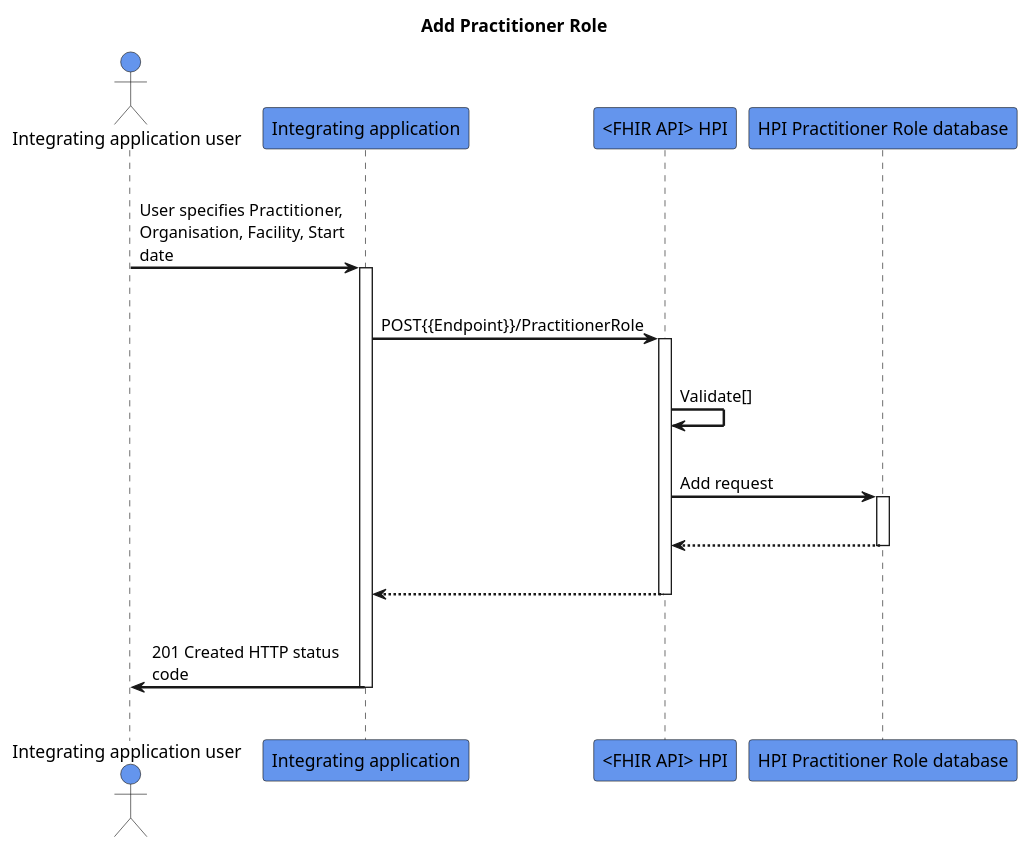
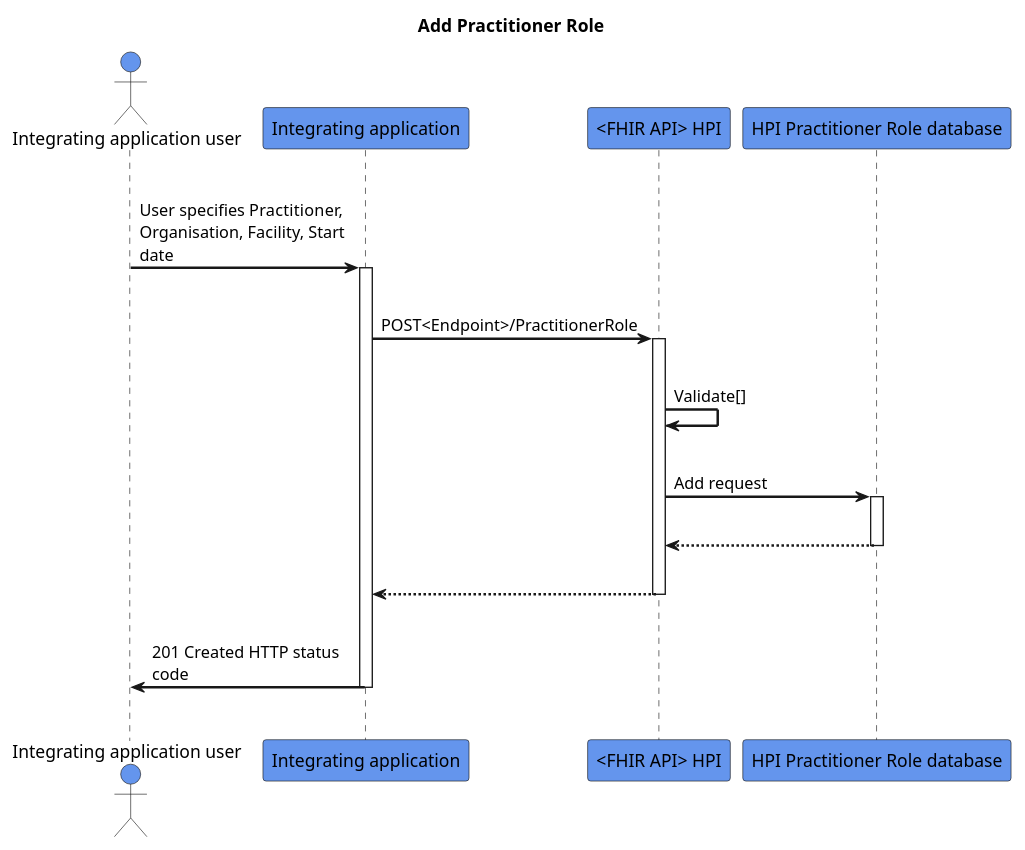
The diagram in input/images-source/add-practitionerrole.plantuml (HL7NZ/hpi), drawn with PlantUML before and after one commit.

```diff
--- a/input/images-source/add-practitionerrole.plantuml
+++ b/input/images-source/add-practitionerrole.plantuml
@@ -1,32 +1,32 @@
 @startuml
 skinparam sequenceArrowThickness 2
 skinparam roundcorner 5
 skinparam maxmessagesize 180
 skinparam sequenceParticipant bold
 title Add Practitioner Role
 actor "Integrating application user" as User #CornflowerBlue
 participant "Integrating application" as A #CornflowerBlue
 participant "<FHIR API> HPI" as B #CornflowerBlue
 participant "HPI Practitioner Role database" as C #CornflowerBlue
 |||
 User -> A: User specifies Practitioner, Organisation, Facility, Start date
 activate A
 |||
-A -> B: POST{{Endpoint}}/PractitionerRole
+A -> B: POST<Endpoint>/PractitionerRole
 activate B
 |||
 B -> B: Validate[]
 |||
 B -> C: Add request
 activate C
 |||
 C -[dashed]-> B:  
 deactivate C
 |||
 B -[dashed]-> A:
 deactivate B
 |||
 A -> User: 201 Created HTTP status code
 deactivate A
 |||
 @enduml
```
